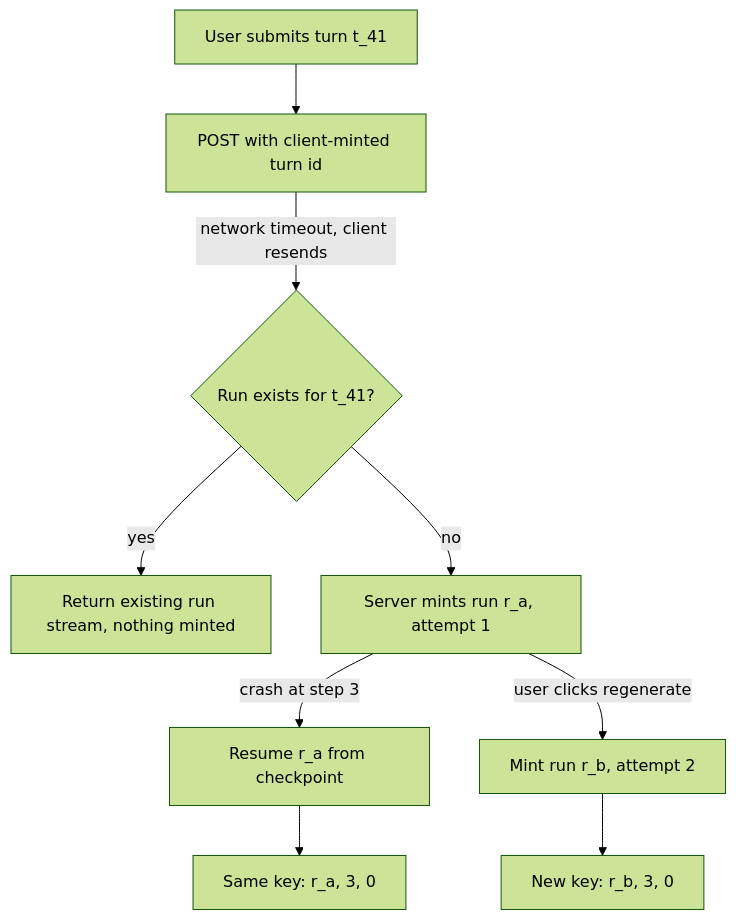
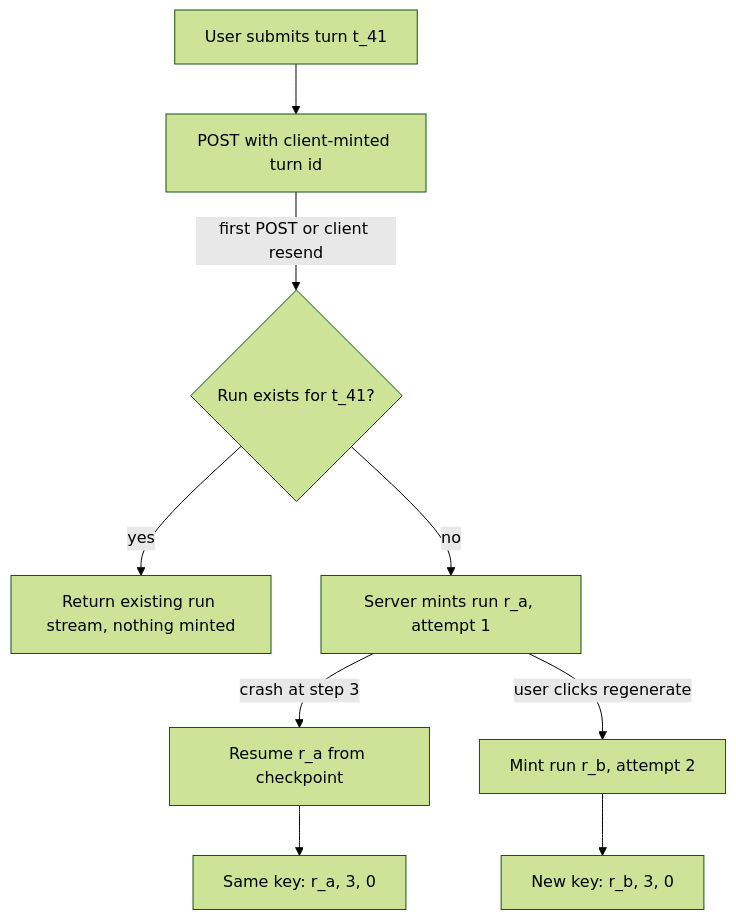
One commit to lovishmahajan97/agentic-learning changed the diagram in content/agent-reliability/conversation-execution-identifiers.md. Above: the diagram before and after it, drawn with Mermaid (forest theme). The commit also changed other lines of this file and 454 other files, not shown here.

````diff
--- a/content/agent-reliability/conversation-execution-identifiers.md
+++ b/content/agent-reliability/conversation-execution-identifiers.md
@@ -140,11 +140,11 @@
 ```mermaid
 flowchart TD
     U["User submits turn t_41"] --> P["POST with client-minted turn id"]
-    P -->|"network timeout, client resends"| D{"Run exists for t_41?"}
+    P -->|"first POST or client resend"| D{"Run exists for t_41?"}
     D -->|"yes"| S["Return existing run stream, nothing minted"]
     D -->|"no"| R["Server mints run r_a, attempt 1"]
     R -->|"crash at step 3"| C["Resume r_a from checkpoint"]
     C --> K1["Same key: r_a, 3, 0"]
     R -->|"user clicks regenerate"| G["Mint run r_b, attempt 2"]
     G --> K2["New key: r_b, 3, 0"]
 ```
````
